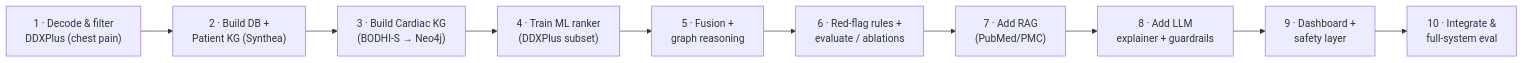
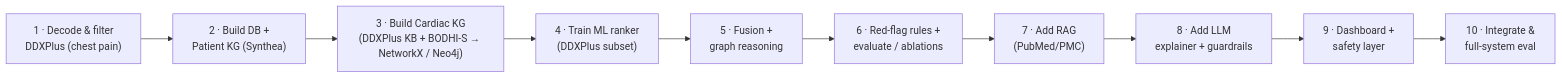
The fourth of 4 diagrams in README.md (HarshRohila02/nightingale), drawn with Mermaid before and after one commit. The commit also changed other lines of this file and 18 other files, not shown here.

````diff
--- a/README.md
+++ b/README.md
@@ -313,12 +320,12 @@
 ```mermaid
 flowchart LR
     S1["1 · Decode & filter<br/>DDXPlus (chest pain)"] --> S2["2 · Build DB +<br/>Patient KG (Synthea)"]
-    S2 --> S3["3 · Build Cardiac KG<br/>(BODHI-S → Neo4j)"]
+    S2 --> S3["3 · Build Cardiac KG<br/>(DDXPlus KB + BODHI-S → NetworkX / Neo4j)"]
     S3 --> S4["4 · Train ML ranker<br/>(DDXPlus subset)"]
     S4 --> S5["5 · Fusion +<br/>graph reasoning"]
     S5 --> S6["6 · Red-flag rules +<br/>evaluate / ablations"]
     S6 --> S7["7 · Add RAG<br/>(PubMed/PMC)"]
     S7 --> S8["8 · Add LLM<br/>explainer + guardrails"]
     S8 --> S9["9 · Dashboard +<br/>safety layer"]
     S9 --> S10["10 · Integrate &<br/>full-system eval"]
 ```
````
